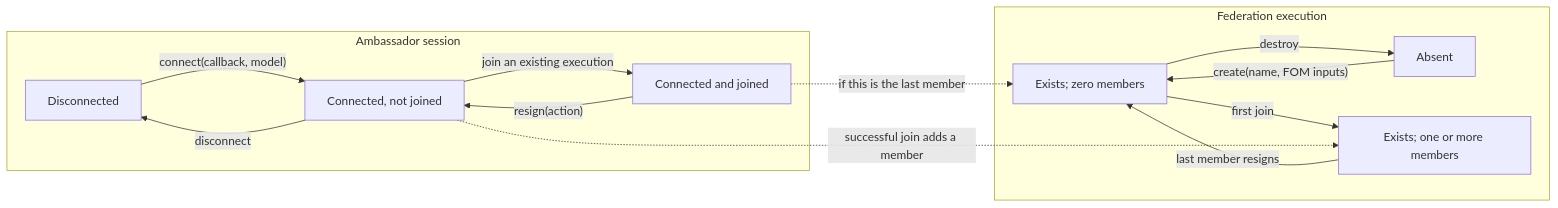
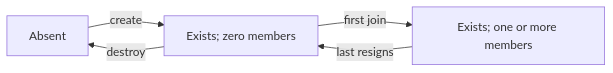
One commit to sheepfling/umbra changed the sixth of 13 diagrams in docs/design/HLA-2010-REFERENCE-RTI-FLOW-GUIDE.md. Above: the diagram before and after it, drawn with Mermaid. The commit also changed other lines of this file and 822 other files, not shown here.

````diff
--- a/docs/design/HLA-2010-REFERENCE-RTI-FLOW-GUIDE.md
+++ b/docs/design/HLA-2010-REFERENCE-RTI-FLOW-GUIDE.md
@@ -99,17 +248,7 @@
 ```mermaid
 flowchart LR
-  subgraph Session["Ambassador session"]
-    A0["Disconnected"] -->|"connect(callback, model)"| A1["Connected, not joined"]
-    A1 -->|"join an existing execution"| A2["Connected and joined"]
-    A2 -->|"resign(action)"| A1
-    A1 -->|"disconnect"| A0
-  end
-  subgraph Execution["Federation execution"]
-    F0["Absent"] -->|"create(name, FOM inputs)"| F1["Exists; zero members"]
-    F1 -->|"first join"| F2["Exists; one or more members"]
-    F2 -->|"last member resigns"| F1
-    F1 -->|"destroy"| F0
-  end
-  A1 -. "successful join adds a member" .-> F2
-  A2 -. "if this is the last member" .-> F1
+  F0["Absent"] -->|"create"| F1["Exists; zero members"]
+  F1 -->|"first join"| F2["Exists; one or more members"]
+  F2 -->|"last resigns"| F1
+  F1 -->|"destroy"| F0
 ```
````
